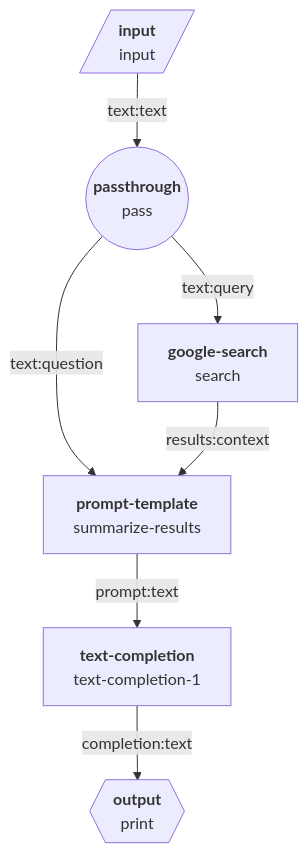
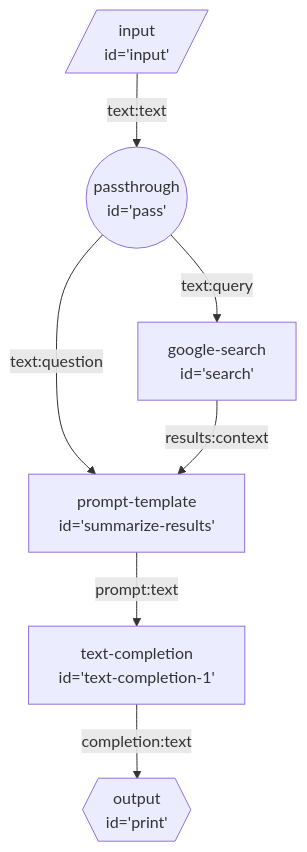
The diagram in seeds/graph-playground/docs/graphs/search-summarize.md (breadboard-ai/breadboard), drawn with Mermaid before and after one commit. The commit also changed 11 other files, not shown here.

First line of the commit message:
[graph-playground] A bit more style tweaking.

````diff
--- a/seeds/graph-playground/docs/graphs/search-summarize.md
+++ b/seeds/graph-playground/docs/graphs/search-summarize.md
@@ -4,21 +4,21 @@
 ```mermaid
 graph TD;
-input[/"`**input**
-input`"/]:::input -- text:text --> pass(("`**passthrough**
-pass`")):::passthrough
-pass(("`**passthrough**
-pass`")):::passthrough -- text:query --> search["`**google-search**
-search`"]
-pass(("`**passthrough**
-pass`")):::passthrough -- text:question --> summarize-results["`**prompt-template**
-summarize-results`"]
-search["`**google-search**
-search`"] -- results:context --> summarize-results["`**prompt-template**
-summarize-results`"]
-summarize-results["`**prompt-template**
-summarize-results`"] -- prompt:text --> text-completion-1["`**text-completion**
-text-completion-1`"]
-text-completion-1["`**text-completion**
-text-completion-1`"] -- completion:text --> print{{"`**output**
-print`"}}:::output
+input[/"input
+id='input'"/]:::input -- text:text --> pass(("passthrough
+id='pass'")):::passthrough
+pass(("passthrough
+id='pass'")):::passthrough -- text:query --> search["google-search
+id='search'"]
+pass(("passthrough
+id='pass'")):::passthrough -- text:question --> summarize-results["prompt-template
+id='summarize-results'"]
+search["google-search
+id='search'"] -- results:context --> summarize-results["prompt-template
+id='summarize-results'"]
+summarize-results["prompt-template
+id='summarize-results'"] -- prompt:text --> text-completion-1["text-completion
+id='text-completion-1'"]
+text-completion-1["text-completion
+id='text-completion-1'"] -- completion:text --> print{{"output
+id='print'"}}:::output
 ```
````
